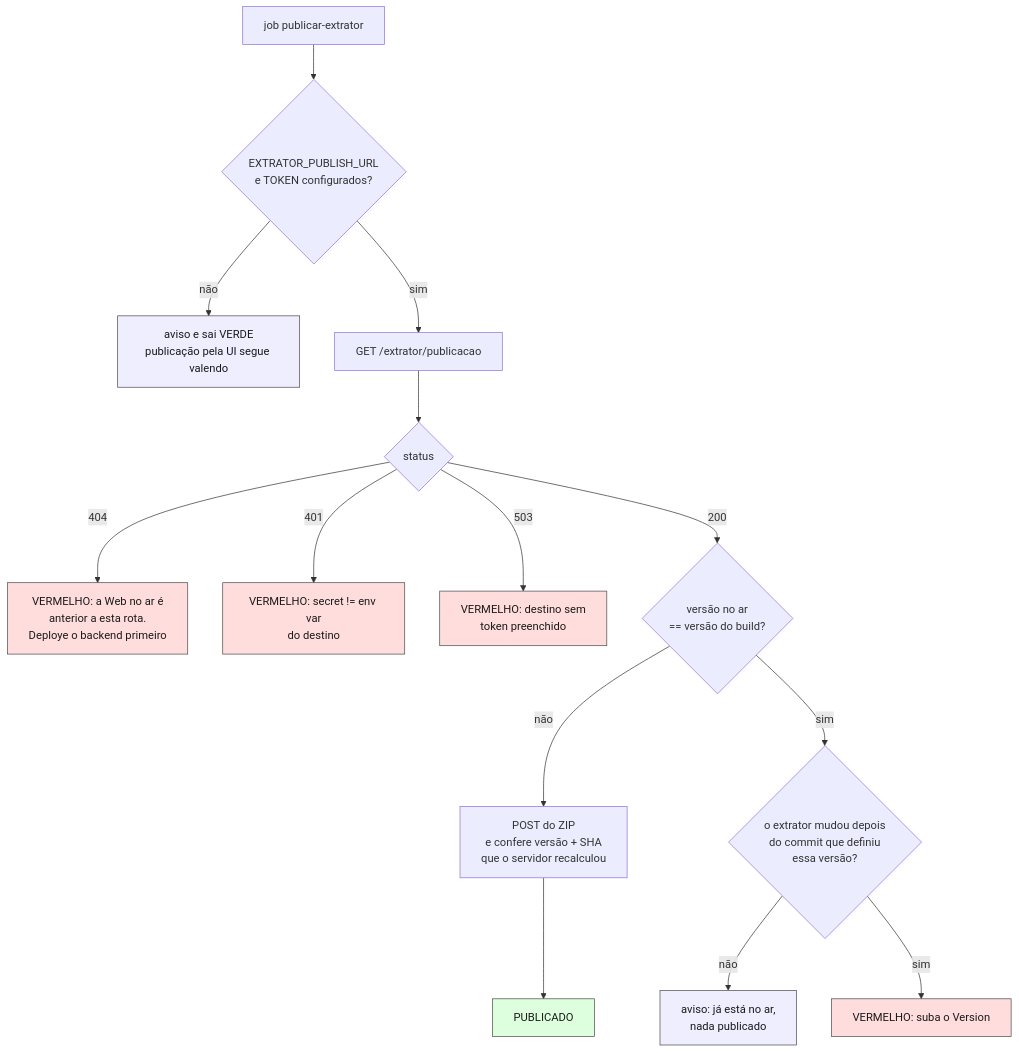
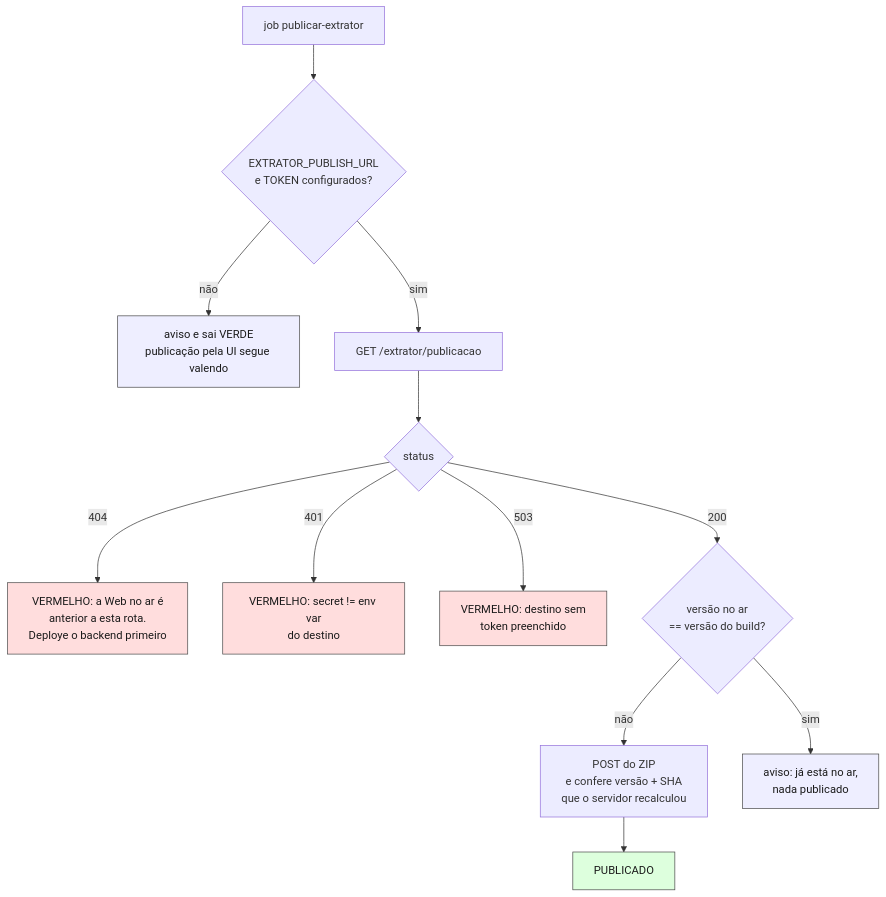
The ninth of 11 diagrams in Docs/fluxo-de-entrega.md (procfit/MLDemandForcastPOC), drawn with Mermaid before and after one commit. The commit also changed other lines of this file and 4 other files, not shown here.

````diff
--- a/Docs/fluxo-de-entrega.md
+++ b/Docs/fluxo-de-entrega.md
@@ -238,27 +279,24 @@
 ```mermaid
 flowchart TB
     ST["job publicar-extrator"] --> CFG{"EXTRATOR_PUBLISH_URL<br/>e TOKEN configurados?"}
     CFG -->|não| SKIP["aviso e sai VERDE<br/>publicação pela UI segue valendo"]
     CFG -->|sim| GET["GET /extrator/publicacao"]
 
     GET --> ST404{"status"}
     ST404 -->|"404"| E404["VERMELHO: a Web no ar é<br/>anterior a esta rota.<br/>Deploye o backend primeiro"]
     ST404 -->|"401"| E401["VERMELHO: secret != env var<br/>do destino"]
     ST404 -->|"503"| E503["VERMELHO: destino sem<br/>token preenchido"]
     ST404 -->|"200"| CMP{"versão no ar<br/>== versão do build?"}
 
     CMP -->|"não"| POST["POST do ZIP<br/>e confere versão + SHA<br/>que o servidor recalculou"]
     POST --> DONE["PUBLICADO"]
 
-    CMP -->|"sim"| GRD{"o extrator mudou depois<br/>do commit que definiu<br/>essa versão?"}
-    GRD -->|"não"| NOP["aviso: já está no ar,<br/>nada publicado"]
-    GRD -->|"sim"| EBMP["VERMELHO: suba o Version"]
+    CMP -->|"sim"| NOP["aviso: já está no ar,<br/>nada publicado"]
 
     style DONE fill:#dfd,stroke:#4a4a4a,color:#1a1a1a
     style SKIP fill:#eef,stroke:#4a4a4a,color:#1a1a1a
     style NOP fill:#eef,stroke:#4a4a4a,color:#1a1a1a
-    style EBMP fill:#fdd,stroke:#4a4a4a,color:#1a1a1a
     style E404 fill:#fdd,stroke:#4a4a4a,color:#1a1a1a
     style E401 fill:#fdd,stroke:#4a4a4a,color:#1a1a1a
     style E503 fill:#fdd,stroke:#4a4a4a,color:#1a1a1a
 ```
````
